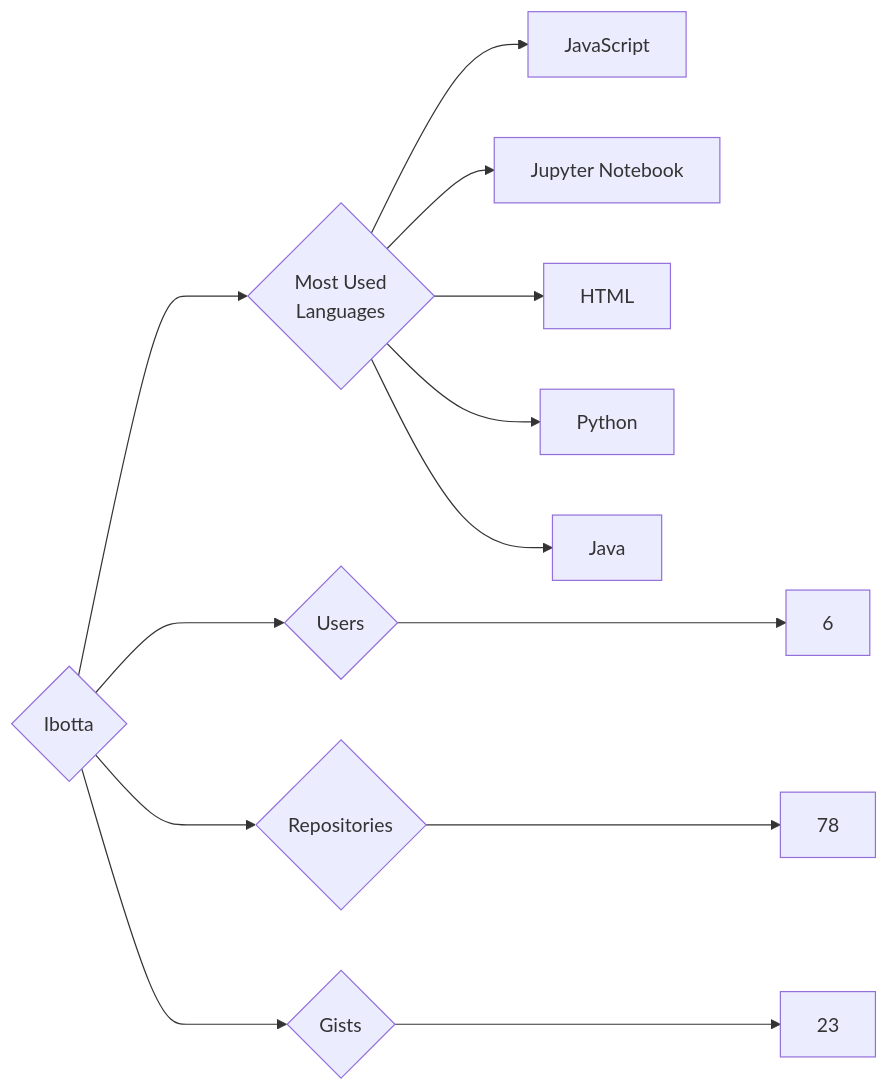
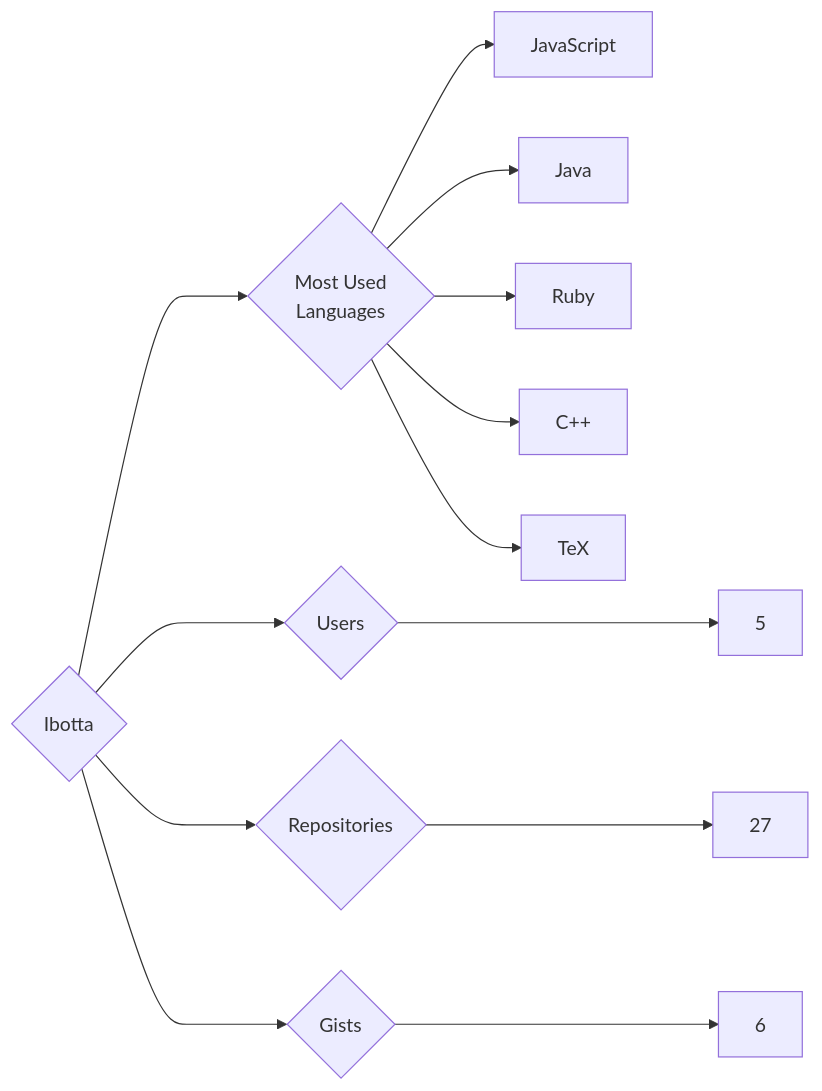
Before and after one commit to trickest/insiders: the diagram in targets/Ibotta/README.md, drawn with Mermaid. The commit also changed 724 other files, not shown here.

````diff
--- a/targets/Ibotta/README.md
+++ b/targets/Ibotta/README.md
@@ -3,13 +3,13 @@
 ```mermaid
 graph LR
 COMPANY_NAME{Ibotta}
-COMPANY_NAME ---> U{Users} ---> UN[6]
-COMPANY_NAME ---> R{Repositories} ---> RN[78]
-COMPANY_NAME ---> G{Gists} ---> GN[23]
+COMPANY_NAME ---> U{Users} ---> UN[5]
+COMPANY_NAME ---> R{Repositories} ---> RN[27]
+COMPANY_NAME ---> G{Gists} ---> GN[6]
 COMPANY_NAME ---> ML{Most Used<br>Languages}
 ML --> JavaScript[JavaScript]
-ML --> Jupyter_Notebook[Jupyter Notebook]
-ML --> HTML[HTML]
-ML --> Python[Python]
 ML --> Java[Java]
+ML --> Ruby[Ruby]
+ML --> C++[C++]
+ML --> TeX[TeX]
 ```
````
